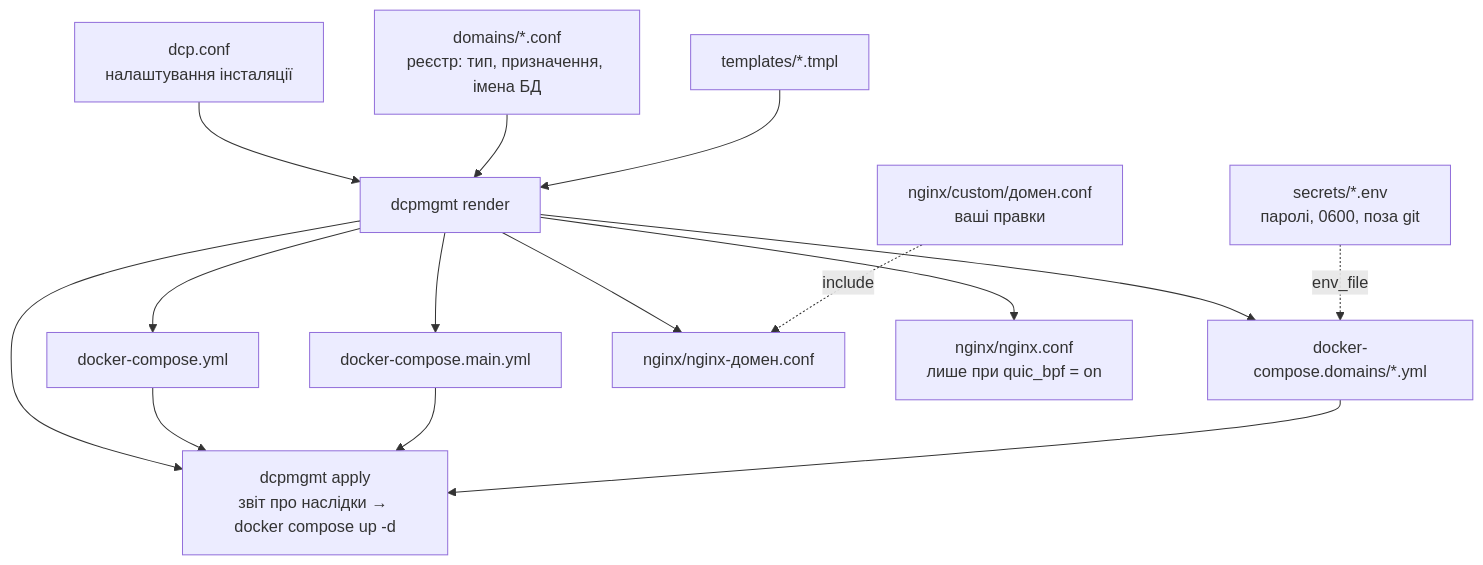
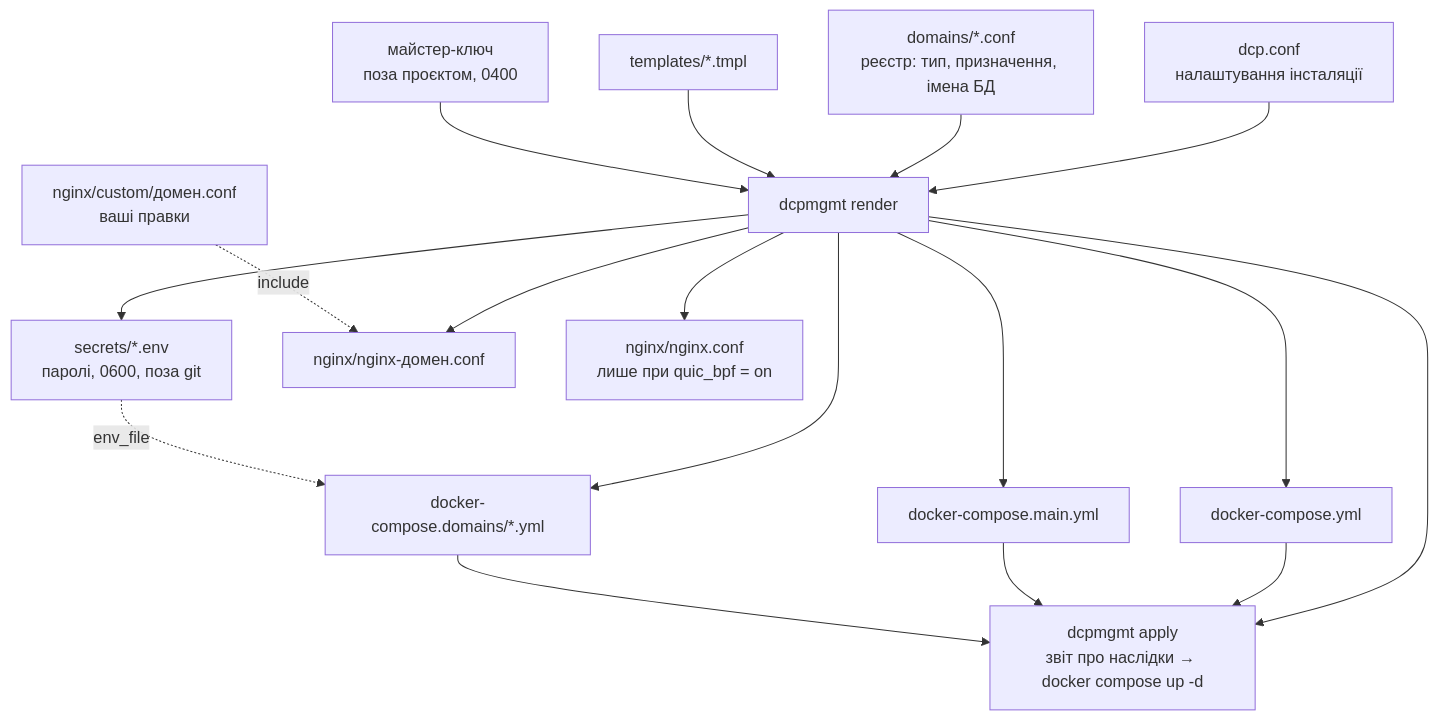
One commit to oldengremlin/Docker-Web-Stack changed the second of 2 diagrams in README.md. Above: the diagram before and after it, drawn with Mermaid. The commit also changed other lines of this file and 7 other files, not shown here.

````diff
--- a/README.md
+++ b/README.md
@@ -68,25 +68,27 @@
 ```mermaid
 flowchart TD
     conf["dcp.conf<br/>налаштування інсталяції"]
     reg["domains/*.conf<br/>реєстр: тип, призначення, імена БД"]
     tpl["templates/*.tmpl"]
-    sec["secrets/*.env<br/>паролі, 0600, поза git"]
+    key["майстер-ключ<br/>поза проєктом, 0400"]
 
     conf --> tool["dcpmgmt render"]
     reg --> tool
     tpl --> tool
+    key --> tool
+    tool --> sec["secrets/*.env<br/>паролі, 0600, поза git"]
 
     tool --> root["docker-compose.yml"]
     tool --> main["docker-compose.main.yml"]
     tool --> dom["docker-compose.domains/*.yml"]
     tool --> ngx["nginx/nginx-домен.conf"]
     tool --> mainconf["nginx/nginx.conf<br/>лише при quic_bpf = on"]
 
     sec -.->|"env_file"| dom
     cust["nginx/custom/домен.conf<br/>ваші правки"] -.->|"include"| ngx
 
     tool --> apply["dcpmgmt apply<br/>звіт про наслідки → docker compose up -d"]
     root --> apply
     main --> apply
     dom --> apply
 ```
````
